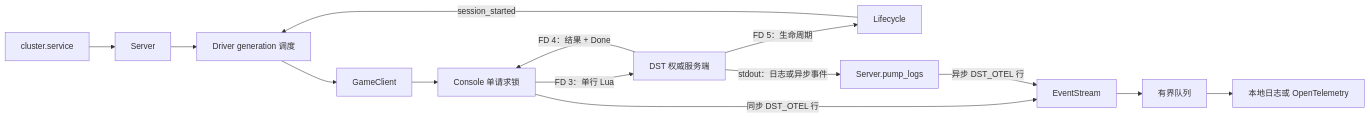
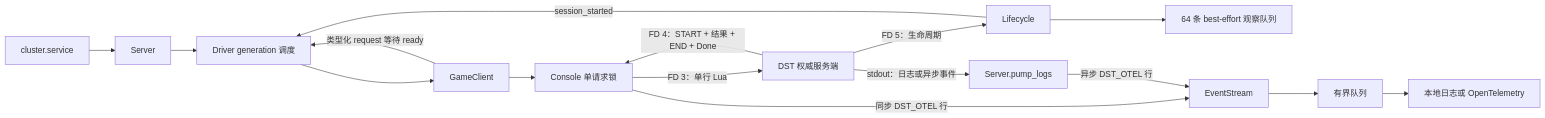
The first of 8 diagrams in docs/python-sdk-telemetry-flow.md (LetsStarveTogether/dst-server), drawn with Mermaid before and after one commit. The commit also changed other lines of this file and 7 other files, not shown here.

````diff
--- a/docs/python-sdk-telemetry-flow.md
+++ b/docs/python-sdk-telemetry-flow.md
@@ -21,16 +30,18 @@
 ```mermaid
 flowchart LR
     Service["cluster.service"] --> Server["Server"]
     Server --> Driver["Driver generation 调度"]
     Driver --> Game["GameClient"]
+    Game -->|"类型化 request 等待 ready"| Driver
     Game --> Console["Console 单请求锁"]
     Console -->|"FD 3：单行 Lua"| DST["DST 权威服务端"]
-    DST -->|"FD 4：结果 + Done"| Console
+    DST -->|"FD 4：START + 结果 + END + Done"| Console
     DST -->|"FD 5：生命周期"| Lifecycle["Lifecycle"]
     Lifecycle -->|"session_started"| Driver
+    Lifecycle --> Observe["64 条 best-effort 观察队列"]
     DST -->|"stdout：日志或异步事件"| Logs["Server.pump_logs"]
     Console -->|"同步 DST_OTEL 行"| Stream["EventStream"]
     Logs -->|"异步 DST_OTEL 行"| Stream
     Stream --> Queue["有界队列"]
     Queue --> Consumer["本地日志或 OpenTelemetry"]
 ```
````
